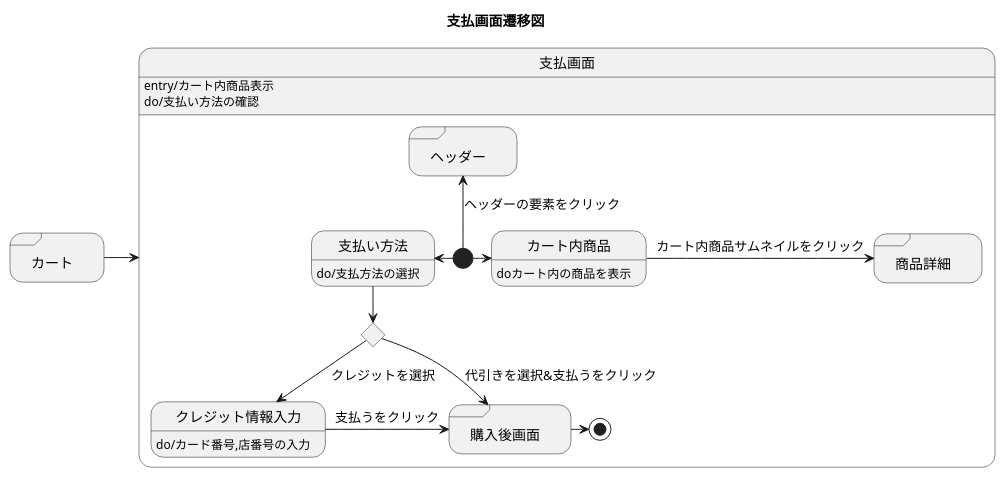
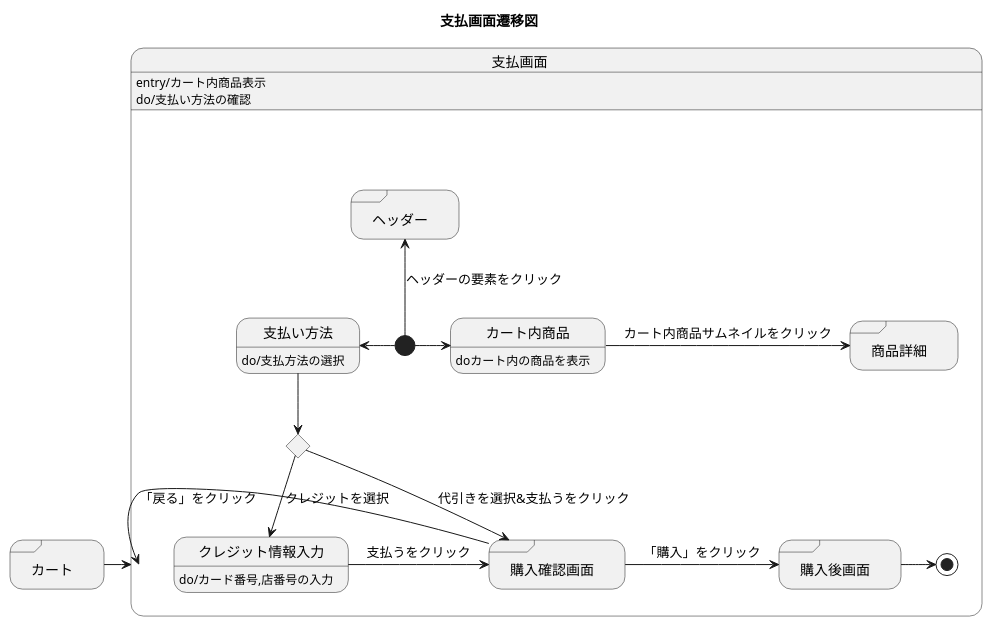
One commit to akutori/T-D-E changed the diagram in 支払画面.md. Above: the diagram before and after it, drawn with PlantUML. The commit also changed 3 other files, not shown here.

````diff
--- a/支払画面.md
+++ b/支払画面.md
@@ -1,31 +1,33 @@
 ```uml
 @startuml
 title 支払画面遷移図
 state 支払画面:entry/カート内商品表示
 state 支払画面:do/支払い方法の確認
 state "カート" as cart <<sdlreceive>>
 
 cart->支払画面
 
 state 支払画面{
     state input <<choice>>
     state "ヘッダー" as headder <<sdlreceive>>
+    state "購入確認画面" as PurchaseConfirmation <<sdlreceive>>
     state "商品詳細" as detail <<sdlreceive>>
     state "購入後画面" as boughtpage <<sdlreceive>>
     state 支払い方法:do/支払方法の選択
     state クレジット情報入力:do/カード番号,店番号の入力
     state カート内商品:doカート内の商品を表示
 
     [*]-left->支払い方法
     [*]->カート内商品
     [*]-up->headder : ヘッダーの要素をクリック
     支払い方法-->input
-    input-> boughtpage : 代引きを選択&支払うをクリック
+    input-> PurchaseConfirmation : 代引きを選択&支払うをクリック
     input--> クレジット情報入力 : クレジットを選択
-    クレジット情報入力 -> boughtpage : 支払うをクリック
+    クレジット情報入力 -> PurchaseConfirmation : 支払うをクリック
     カート内商品->detail : カート内商品サムネイルをクリック
-    
+    PurchaseConfirmation -> boughtpage : 「購入」をクリック
+    PurchaseConfirmation -> 支払画面 : 「戻る」をクリック
     boughtpage ->[*]
 }
 @enduml
 ```
````
